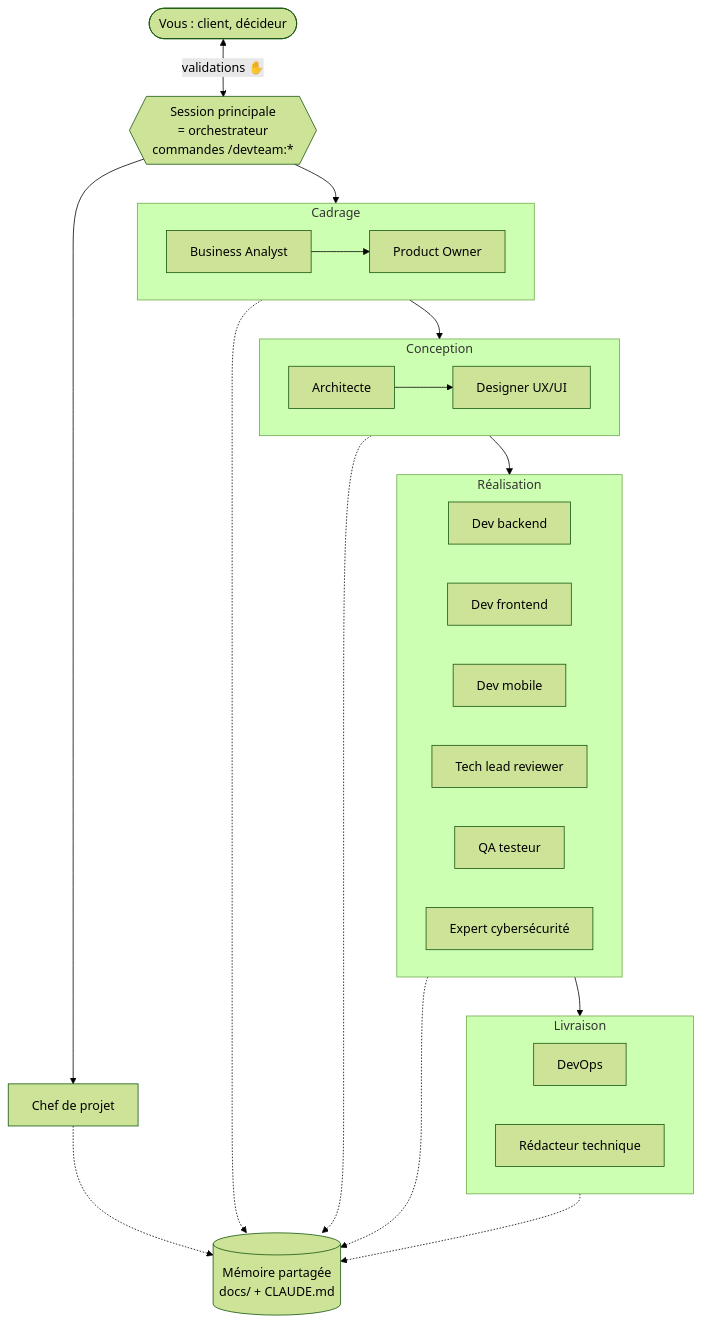
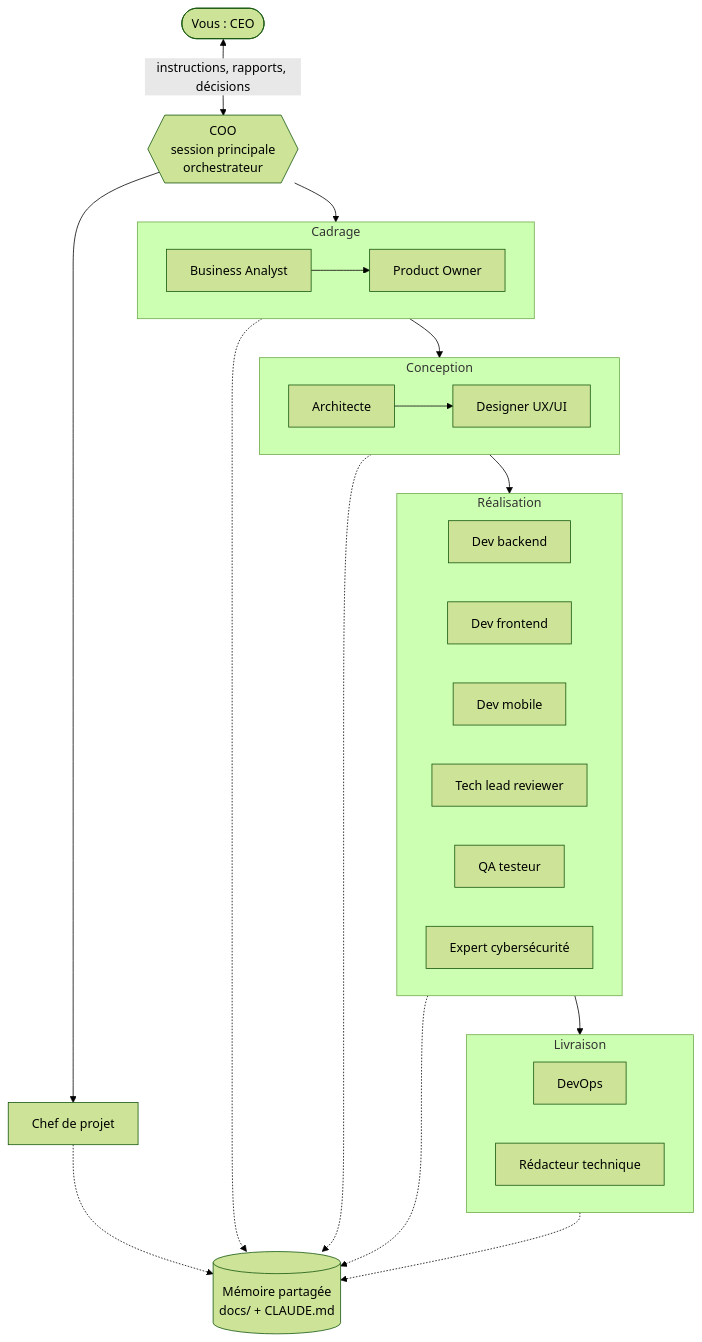
Before and after one commit to PeterATATI16/DevTeam: the first of 2 diagrams in README.md, drawn with Mermaid (forest theme). The commit also changed other lines of this file and 10 other files, not shown here.

First line of the commit message:
Ajout du mode CEO avec le COO comme session principale

````diff
--- a/README.md
+++ b/README.md
@@ -14,35 +14,35 @@
 ```mermaid
 flowchart TB
-  U([Vous : client, décideur])
-  O{{Session principale<br/>= orchestrateur<br/>commandes /devteam:*}}
-  U <-->|validations ✋| O
+  U([Vous : CEO])
+  O{{COO<br/>session principale<br/>orchestrateur}}
+  U <-->|instructions, rapports, décisions| O
 
   subgraph Cadrage
     BA[Business Analyst] --> PO[Product Owner]
   end
   subgraph Conception
     AR[Architecte] --> UX[Designer UX/UI]
   end
   subgraph Réalisation
     DB[Dev backend]
     DF[Dev frontend]
     DM[Dev mobile]
     TL[Tech lead reviewer]
     QA[QA testeur]
     SEC[Expert cybersécurité]
   end
   subgraph Livraison
     DO[DevOps]
     RT[Rédacteur technique]
   end
   CP[Chef de projet]
 
   O --> Cadrage --> Conception --> Réalisation --> Livraison
   O --> CP
   M[(Mémoire partagée<br/>docs/ + CLAUDE.md)]
   Cadrage -.-> M
   Conception -.-> M
   Réalisation -.-> M
   Livraison -.-> M
   CP -.-> M
 ```
````
